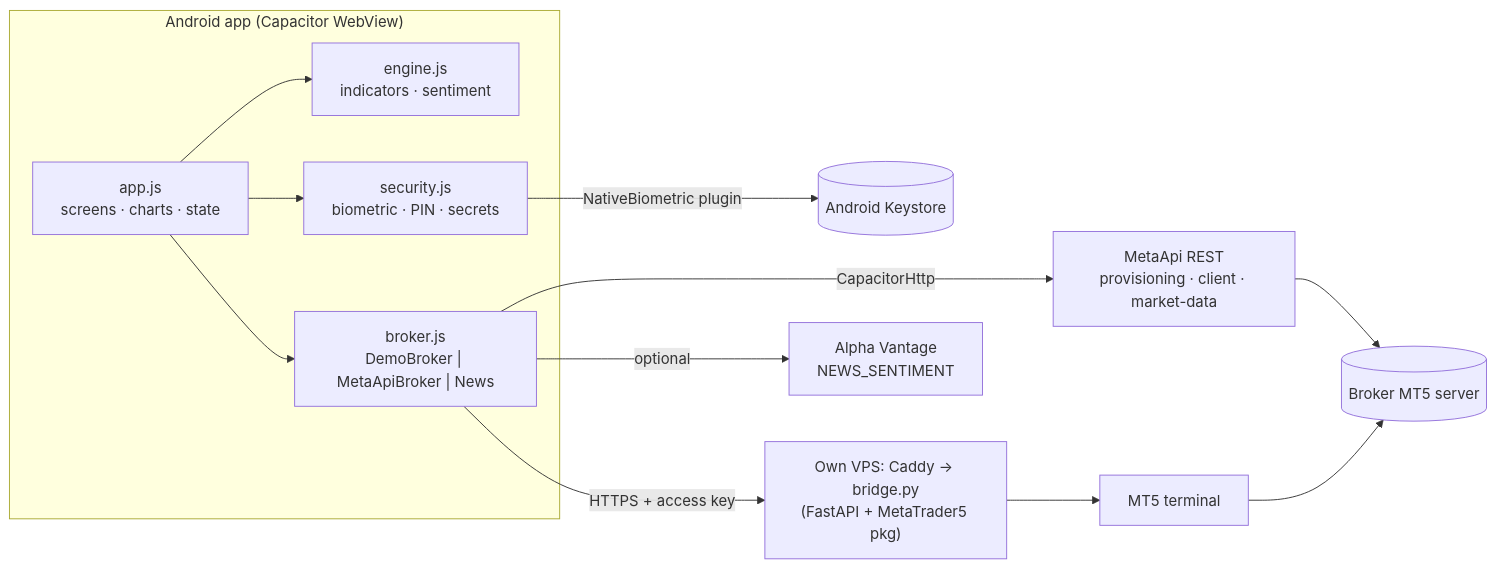
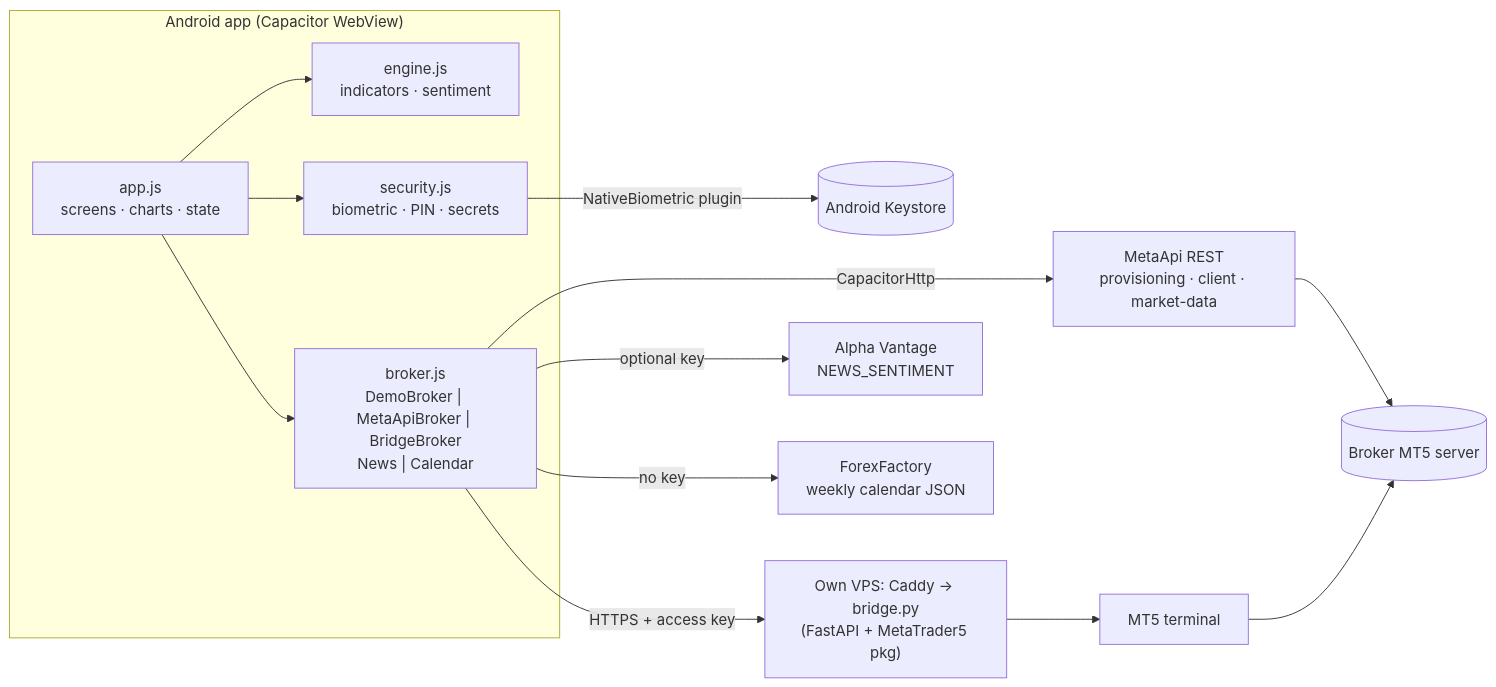
One commit to dnzryts/Tradebot changed the first of 3 diagrams in docs/ARCHITECTURE.md. Above: the diagram before and after it, drawn with Mermaid. The commit also changed other lines of this file and 4 other files, not shown here.

First line of the commit message:
perf: request queue, incremental candles, due-time refresh and data status for many symbols; architecture doc updated (v1.19.0)

````diff
--- a/docs/ARCHITECTURE.md
+++ b/docs/ARCHITECTURE.md
@@ -3,18 +3,19 @@
 ```mermaid
 flowchart LR
   subgraph Phone["Android app (Capacitor WebView)"]
     UI["app.js<br/>screens · charts · state"]
     ENG["engine.js<br/>indicators · sentiment"]
-    BRK["broker.js<br/>DemoBroker | MetaApiBroker | News"]
+    BRK["broker.js<br/>DemoBroker | MetaApiBroker | BridgeBroker<br/>News | Calendar"]
     SEC["security.js<br/>biometric · PIN · secrets"]
     UI --> ENG
     UI --> BRK
     UI --> SEC
   end
   SEC -->|NativeBiometric plugin| KS[("Android Keystore")]
   BRK -->|CapacitorHttp| MA["MetaApi REST<br/>provisioning · client · market-data"]
   MA --> MT5[("Broker MT5 server")]
   BRK -->|HTTPS + access key| BR["Own VPS: Caddy → bridge.py<br/>(FastAPI + MetaTrader5 pkg)"]
   BR --> TERM["MT5 terminal"] --> MT5
-  BRK -->|optional| AV["Alpha Vantage<br/>NEWS_SENTIMENT"]
+  BRK -->|optional key| AV["Alpha Vantage<br/>NEWS_SENTIMENT"]
+  BRK -->|no key| FF["ForexFactory<br/>weekly calendar JSON"]
 ```
````
